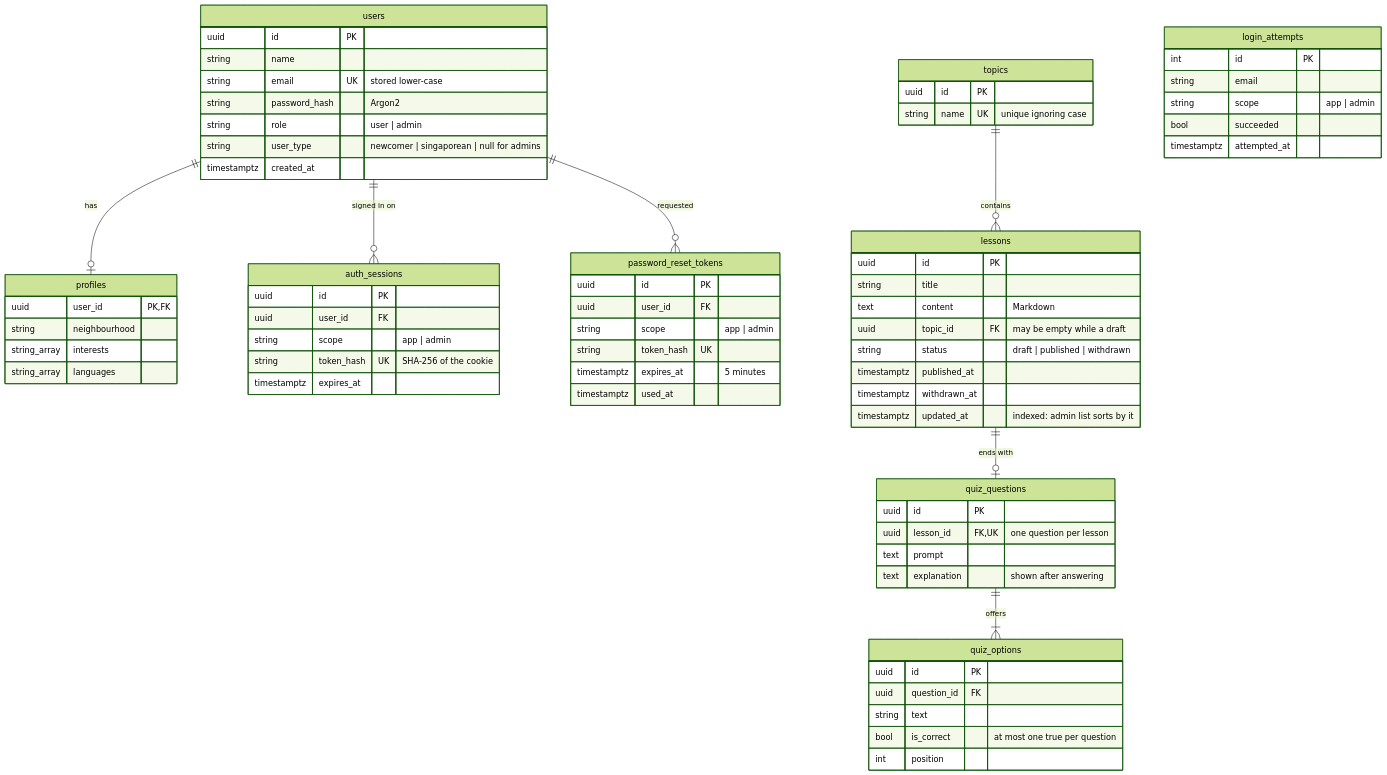
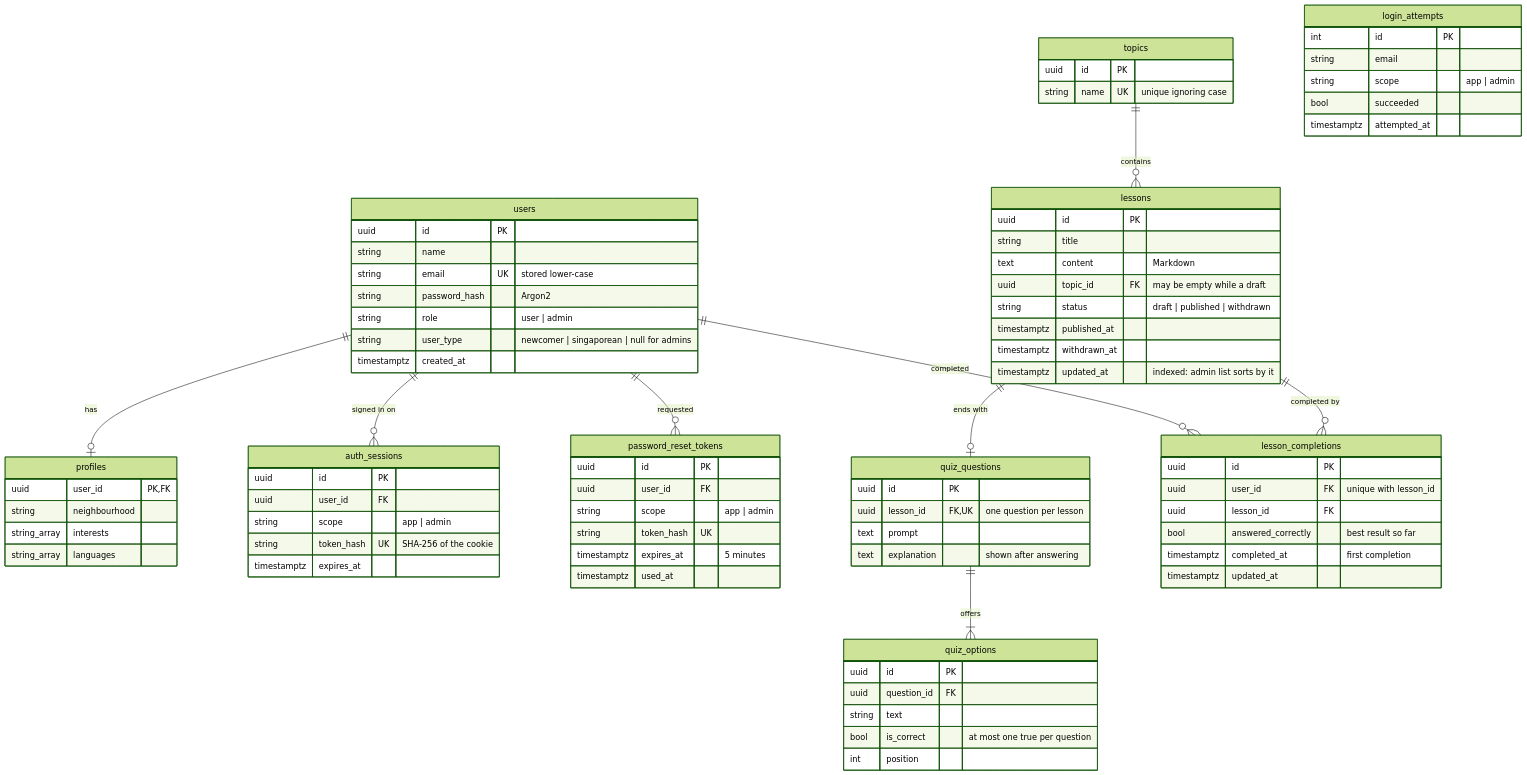
One commit to zaccymomo/sgjio changed the diagram in docs/data-model.md. Above: the diagram before and after it, drawn with Mermaid (forest theme). The commit also changed other lines of this file and 25 other files, not shown here.

```diff
--- a/docs/data-model.md
+++ b/docs/data-model.md
@@ -10,6 +10,8 @@
     topics ||--o{ lessons : "contains"
     lessons ||--o| quiz_questions : "ends with"
     quiz_questions ||--|{ quiz_options : "offers"
+    users ||--o{ lesson_completions : "completed"
+    lessons ||--o{ lesson_completions : "completed by"
 
     users {
         uuid id PK
@@ -53,6 +55,14 @@
         bool is_correct "at most one true per question"
         int position
     }
+    lesson_completions {
+        uuid id PK
+        uuid user_id FK "unique with lesson_id"
+        uuid lesson_id FK
+        bool answered_correctly "best result so far"
+        timestamptz completed_at "first completion"
+        timestamptz updated_at
+    }
     auth_sessions {
         uuid id PK
         uuid user_id FK
```
